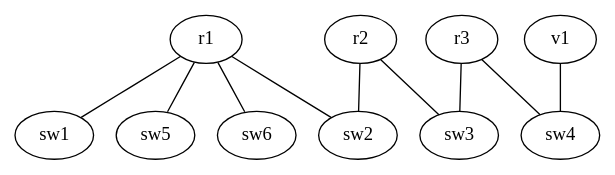
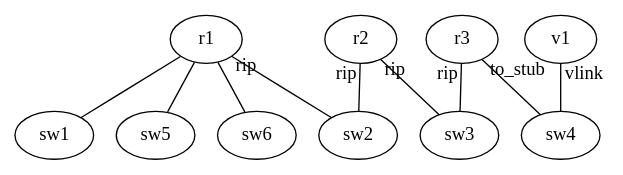
One commit to cpflat/dot2net changed the diagram in example/rip_topo1/input.dot. Above: the diagram before and after it, drawn with Graphviz. The commit also changed 21 other files, not shown here.

```diff
--- a/example/rip_topo1/input.dot
+++ b/example/rip_topo1/input.dot
@@ -1,22 +1,22 @@
 digraph  {
 	r1[class="router"];
 	r2[class="router"];
 	r3[class="router"];
 	sw1[class="switch"];
 	sw2[class="switch"];
 	sw3[class="switch"];
 	sw4[class="switch"];
 	sw5[class="switch"];
 	sw6[class="switch"];
 	v1[class="vrouter; stubnet=192.168.2.0/24"]
 
 	r1->sw1[dir="none"];
-	r1->sw2[dir="none", class="rip"];
-	r2->sw2[dir="none", class="rip"];
-	r2->sw3[dir="none", class="rip"];
-	r3->sw3[dir="none", class="rip"];
-	r3->sw4[dir="none", class="to_stub"];
+	r1->sw2[dir="none", taillabel="rip"];
+	r2->sw2[dir="none", taillabel="rip"];
+	r2->sw3[dir="none", taillabel="rip"];
+	r3->sw3[dir="none", taillabel="rip"];
+	r3->sw4[dir="none", taillabel="to_stub"];
 	r1->sw5[dir="none"];
 	r1->sw6[dir="none"];
-	v1->sw4[dir="none", class="vlink"];
+	v1->sw4[dir="none", taillabel="vlink"];
 }
```
